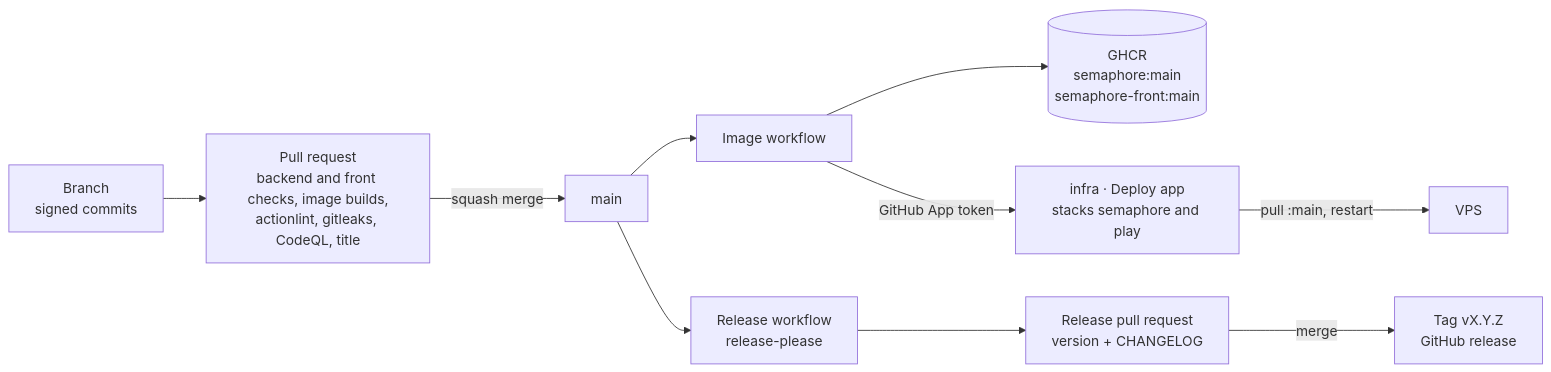
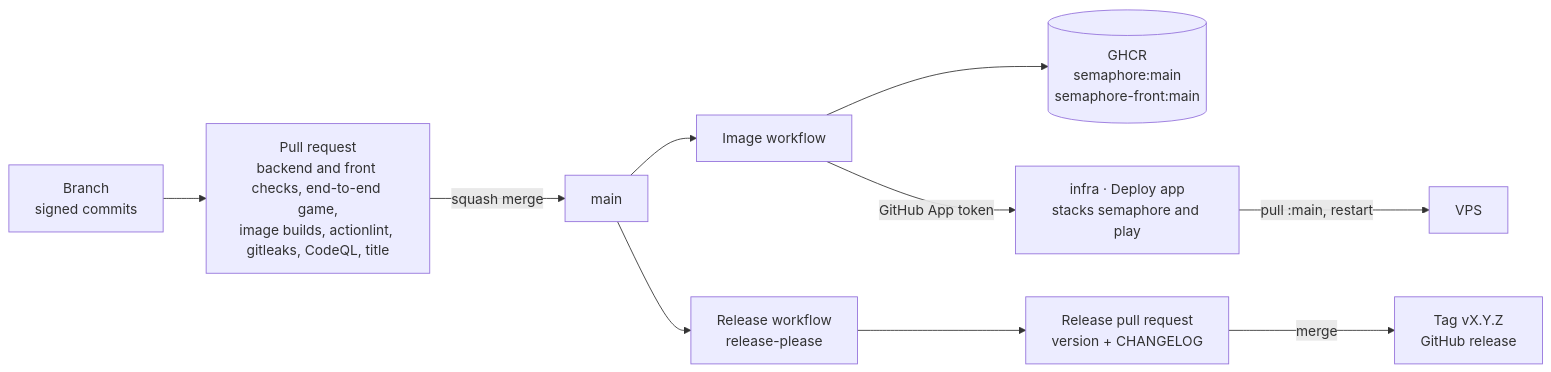
The third of 3 diagrams in README.md (Didelo-lilian/semaphore), drawn with Mermaid before and after one commit. The commit also changed other lines of this file and 9 other files, not shown here.

First line of the commit message:
test: play a whole game in four browsers on every pull request (#30)

````diff
--- a/README.md
+++ b/README.md
@@ -101,12 +123,12 @@
 ```mermaid
 flowchart LR
-  dev["Branch<br/>signed commits"] --> pr["Pull request<br/>backend and front checks, image builds,<br/>actionlint, gitleaks, CodeQL, title"]
+  dev["Branch<br/>signed commits"] --> pr["Pull request<br/>backend and front checks, end-to-end game,<br/>image builds, actionlint, gitleaks, CodeQL, title"]
   pr -->|"squash merge"| main["main"]
   main --> image["Image workflow"]
   image --> ghcr[("GHCR<br/>semaphore:main<br/>semaphore-front:main")]
   image -->|"GitHub App token"| infra["infra · Deploy app<br/>stacks semaphore and play"]
   infra -->|"pull :main, restart"| vps["VPS"]
   main --> release["Release workflow<br/>release-please"]
   release --> relpr["Release pull request<br/>version + CHANGELOG"]
   relpr -->|"merge"| tag["Tag vX.Y.Z<br/>GitHub release"]
 ```
````
